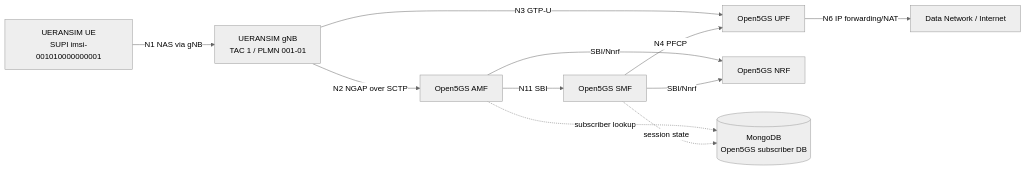
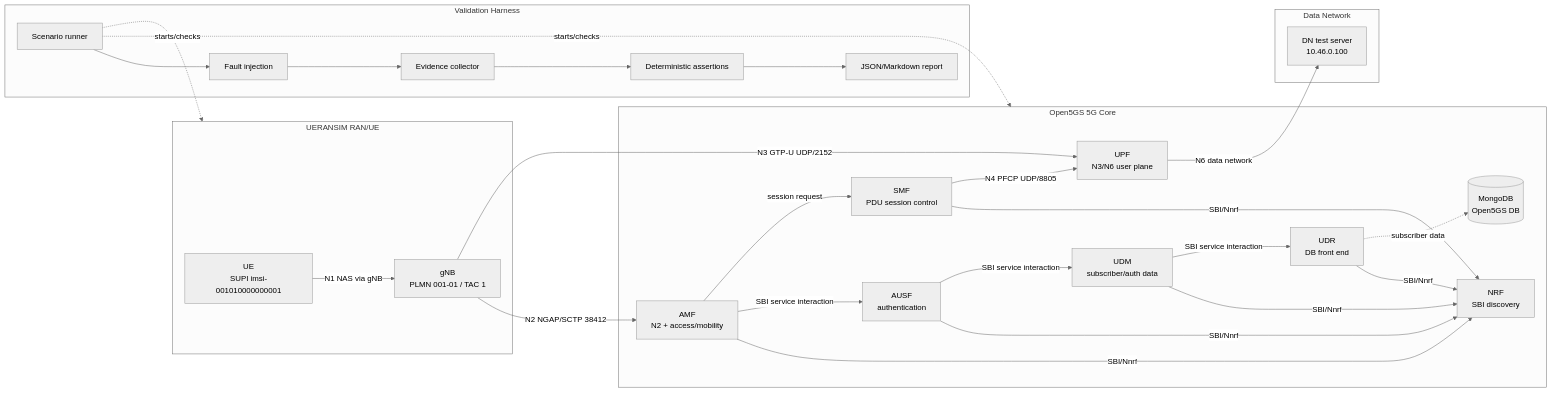
Before and after one commit to omidrahimirad/open5gs-ueransim-5g-sa-lab: the diagram in diagrams/5g_sa_lab_architecture.md, drawn with Mermaid (neutral theme). The commit also changed other lines of this file and 12 other files, not shown here.

````diff
--- a/diagrams/5g_sa_lab_architecture.md
+++ b/diagrams/5g_sa_lab_architecture.md
@@ -5,13 +5,49 @@
 ```mermaid
 flowchart LR
-    UE["UERANSIM UE\nSUPI imsi-001010000000001"] -- "N1 NAS via gNB" --> GNB["UERANSIM gNB\nTAC 1 / PLMN 001-01"]
-    GNB -- "N2 NGAP over SCTP" --> AMF["Open5GS AMF"]
-    GNB -- "N3 GTP-U" --> UPF["Open5GS UPF"]
-    AMF -- "SBI/Nnrf" --> NRF["Open5GS NRF"]
-    SMF["Open5GS SMF"] -- "SBI/Nnrf" --> NRF
-    AMF -- "N11 SBI" --> SMF
-    SMF -- "N4 PFCP" --> UPF
-    UPF -- "N6 IP forwarding/NAT" --> DN["Data Network / Internet"]
-    AMF -. "subscriber lookup" .-> DB[("MongoDB\nOpen5GS subscriber DB")]
-    SMF -. "session state" .-> DB
+    subgraph RAN["UERANSIM RAN/UE"]
+      UE["UE\nSUPI imsi-001010000000001"]
+      GNB["gNB\nPLMN 001-01 / TAC 1"]
+      UE -- "N1 NAS via gNB" --> GNB
+    end
+
+    subgraph CORE["Open5GS 5G Core"]
+      NRF["NRF\nSBI discovery"]
+      AMF["AMF\nN2 + access/mobility"]
+      AUSF["AUSF\nauthentication"]
+      UDM["UDM\nsubscriber/auth data"]
+      UDR["UDR\nDB front end"]
+      SMF["SMF\nPDU session control"]
+      UPF["UPF\nN3/N6 user plane"]
+      DB[("MongoDB\nOpen5GS DB")]
+    end
+
+    subgraph DN["Data Network"]
+      DNSRV["DN test server\n10.46.0.100"]
+    end
+
+    subgraph VALIDATION["Validation Harness"]
+      RUNNER["Scenario runner"]
+      FAULT["Fault injection"]
+      EVIDENCE["Evidence collector"]
+      ASSERT["Deterministic assertions"]
+      REPORT["JSON/Markdown report"]
+      RUNNER --> FAULT --> EVIDENCE --> ASSERT --> REPORT
+    end
+
+    GNB -- "N2 NGAP/SCTP 38412" --> AMF
+    GNB -- "N3 GTP-U UDP/2152" --> UPF
+    AMF -- "SBI/Nnrf" --> NRF
+    AUSF -- "SBI/Nnrf" --> NRF
+    UDM -- "SBI/Nnrf" --> NRF
+    UDR -- "SBI/Nnrf" --> NRF
+    SMF -- "SBI/Nnrf" --> NRF
+    AMF -- "SBI service interaction" --> AUSF
+    AUSF -- "SBI service interaction" --> UDM
+    UDM -- "SBI service interaction" --> UDR
+    AMF -- "session request" --> SMF
+    SMF -- "N4 PFCP UDP/8805" --> UPF
+    UDR -. "subscriber data" .-> DB
+    UPF -- "N6 data network" --> DNSRV
+    RUNNER -. "starts/checks" .-> CORE
+    RUNNER -. "starts/checks" .-> RAN
 ```
````
